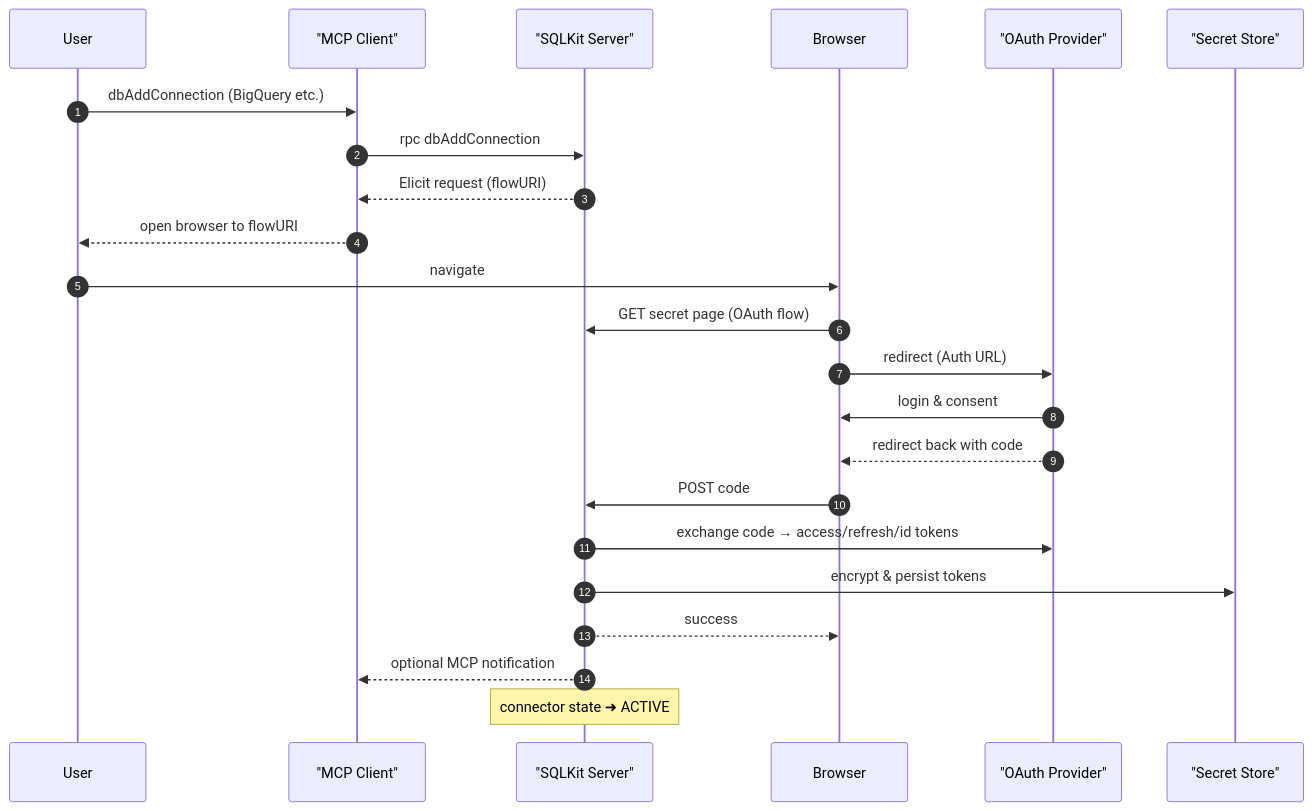
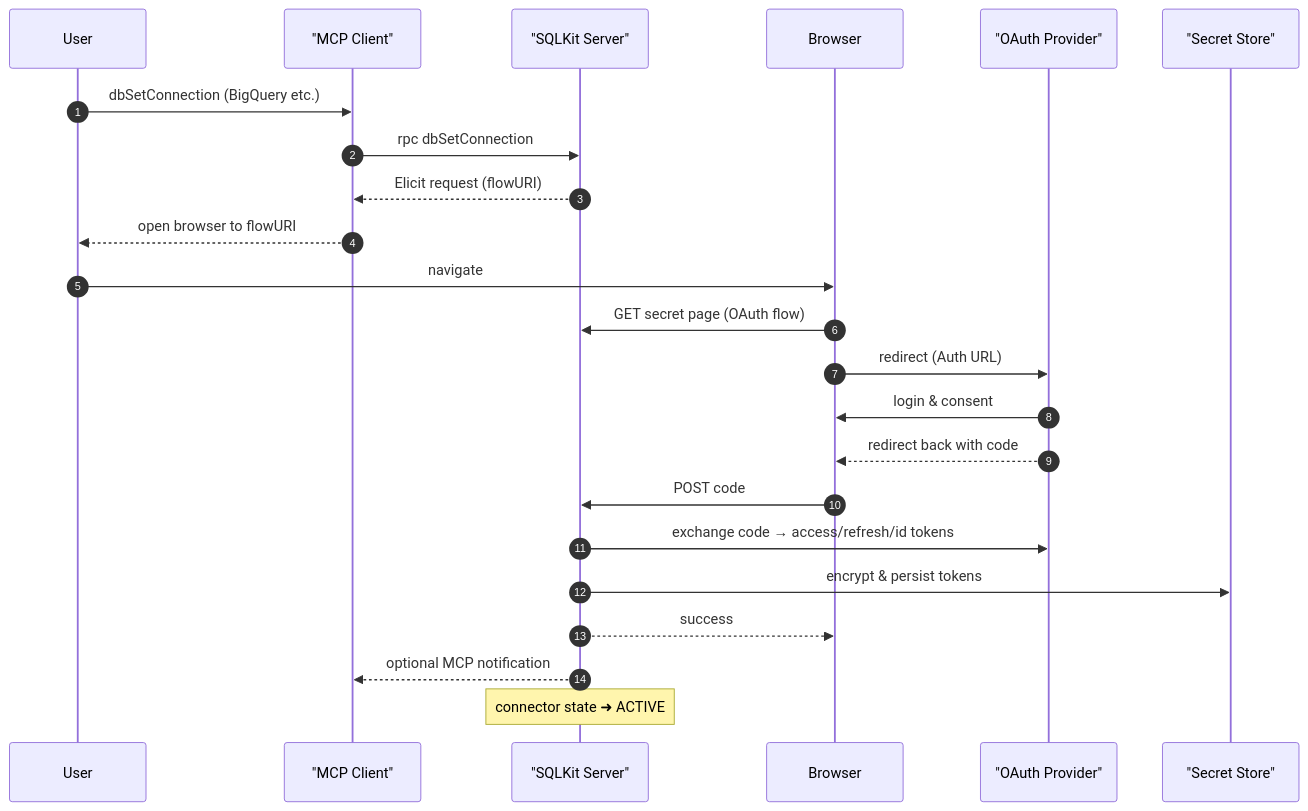
One commit to viant/mcp-sqlkit changed the second of 3 diagrams in README.md. Above: the diagram before and after it, drawn with Mermaid. The commit also changed other lines of this file and 9 other files, not shown here.

````diff
--- a/README.md
+++ b/README.md
@@ -337,26 +336,26 @@
 ```mermaid
 sequenceDiagram
     autonumber
     participant U as User
     participant C as "MCP Client"
     participant S as "SQLKit Server"
     participant UI as Browser
     participant OP as "OAuth Provider"
     participant SS as "Secret Store"
 
-    U->>C: dbAddConnection (BigQuery etc.)
-    C->>S: rpc dbAddConnection
+    U->>C: dbSetConnection (BigQuery etc.)
+    C->>S: rpc dbSetConnection
     S-->>C: Elicit request (flowURI)
     C-->>U: open browser to flowURI
     U->>UI: navigate
     UI->>S: GET secret page (OAuth flow)
     UI->>OP: redirect (Auth URL)
     OP->>UI: login & consent
     OP-->>UI: redirect back with code
     UI->>S: POST code
     S->>OP: exchange code → access/refresh/id tokens
     S->>SS: encrypt & persist tokens
     S-->>UI: success
     S-->>C: optional MCP notification
     note over S: connector state ➜ ACTIVE
 ```
````
